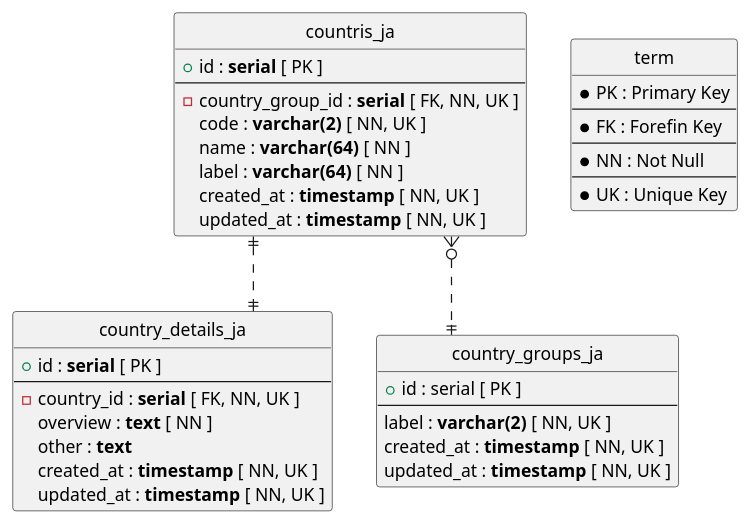
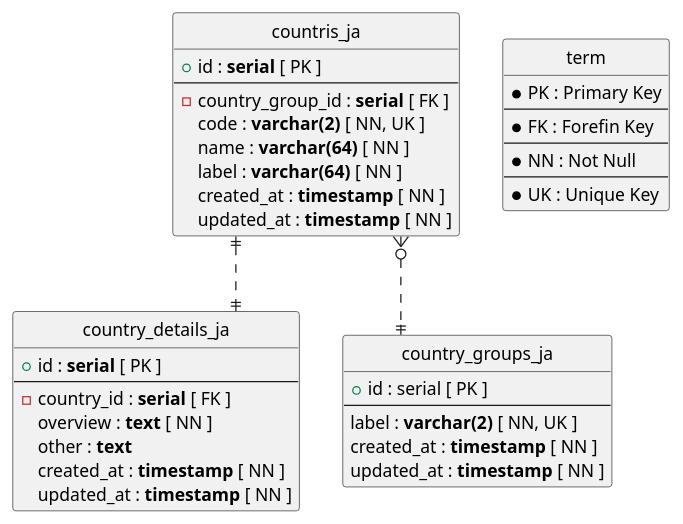
Before and after one commit to takusan64/world-dictionary-backend: the first of 2 diagrams in doc/plantuml.md, drawn with PlantUML. The commit also changed other lines of this file and 3 other files, not shown here.

````diff
--- a/doc/plantuml.md
+++ b/doc/plantuml.md
@@ -16,52 +16,52 @@
 ```plantuml
 @startuml
 
 ' hide the spot
 hide circle
 
 ' avoid problems with angled crows feet
 skinparam linetype ortho
 
 entity "countris_ja" as e01_ja {
   +id : **serial** [ PK ]
   --
-  -country_group_id : **serial** [ FK, NN, UK ]
+  -country_group_id : **serial** [ FK ]
   code : **varchar(2)** [ NN, UK ]
   name : **varchar(64)** [ NN ]
   label : **varchar(64)** [ NN ]
-  created_at : **timestamp** [ NN, UK ]
-  updated_at : **timestamp** [ NN, UK ]
+  created_at : **timestamp** [ NN ]
+  updated_at : **timestamp** [ NN ]
 }
 
 entity "country_details_ja" as e02_ja {
   +id : **serial** [ PK ]
   --
-  -country_id : **serial** [ FK, NN, UK ]
+  -country_id : **serial** [ FK ]
   overview : **text** [ NN ]
   other : **text**
-  created_at : **timestamp** [ NN, UK ]
-  updated_at : **timestamp** [ NN, UK ]
+  created_at : **timestamp** [ NN ]
+  updated_at : **timestamp** [ NN ]
 }
 
 entity "country_groups_ja" as e03_ja {
   +id : serial [ PK ]
   --
   label : **varchar(2)** [ NN, UK ]
-  created_at : **timestamp** [ NN, UK ]
-  updated_at : **timestamp** [ NN, UK ]
+  created_at : **timestamp** [ NN ]
+  updated_at : **timestamp** [ NN ]
 }
 
 entity "term" as term {
   *PK : Primary Key
   --
   *FK : Forefin Key
   --
   *NN : Not Null
   --
   *UK : Unique Key
 }
 
 e01_ja ||..|| e02_ja
 e01_ja }o..|| e03_ja
 @enduml
 ```
````
